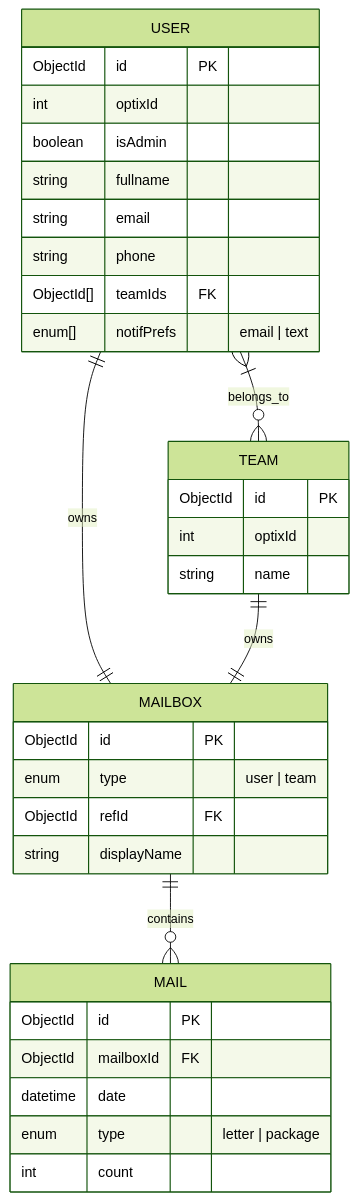
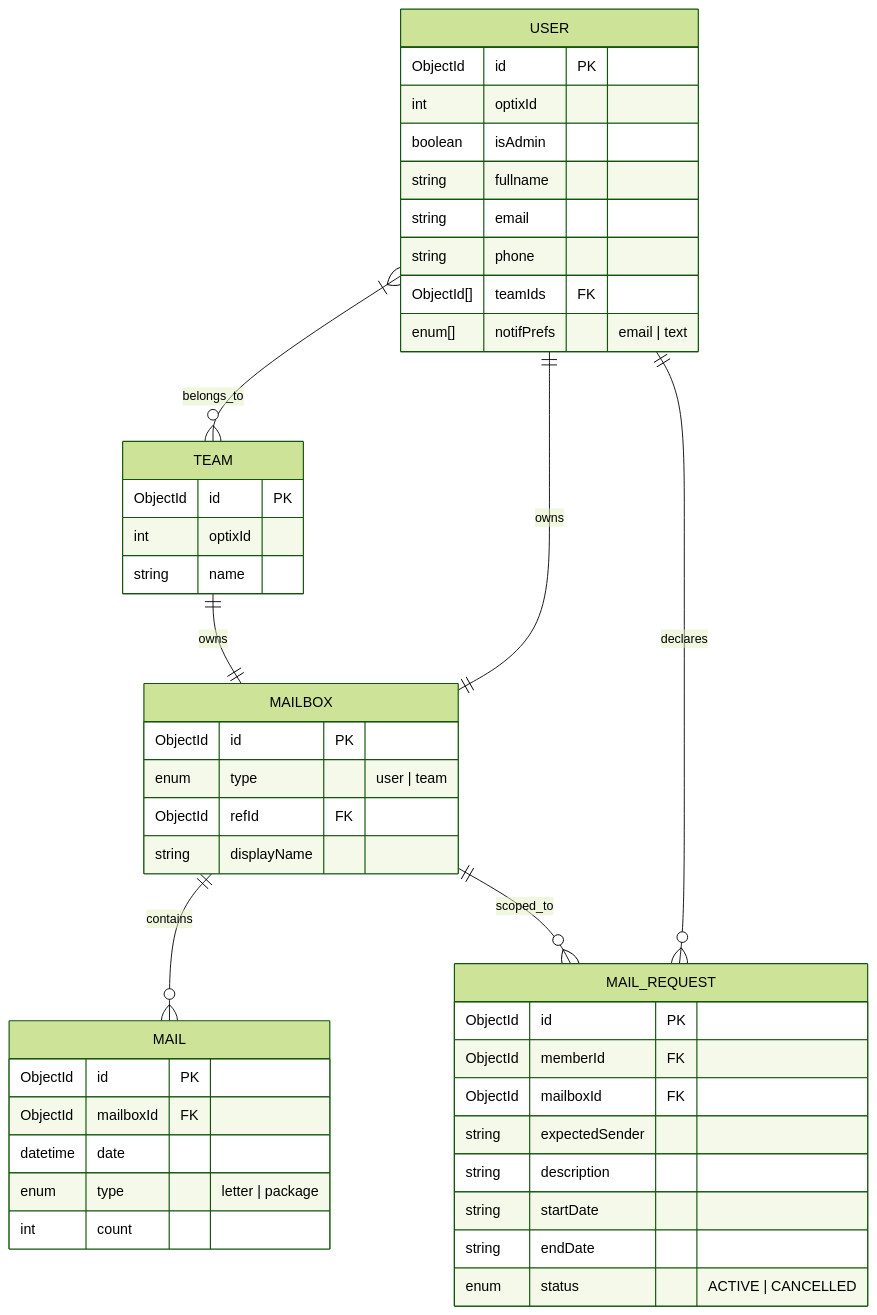
One commit to CMU-413/avenu changed the diagram in docs/architecture/diagrams/data-model.mmd. Above: the diagram before and after it, drawn with Mermaid (forest theme). The commit also changed 4 other files, not shown here.

```diff
--- a/docs/architecture/diagrams/data-model.mmd
+++ b/docs/architecture/diagrams/data-model.mmd
@@ -1,41 +1,54 @@
 erDiagram
 
     USER {
         ObjectId id PK
         int optixId
         boolean isAdmin
         string fullname
         string email
         string phone
         ObjectId[] teamIds FK
         enum[] notifPrefs "email | text"
     }
 
     TEAM {
         ObjectId id PK
         int optixId
         string name
     }
 
     MAILBOX {
         ObjectId id PK
         enum type "user | team"
         ObjectId refId FK
         string displayName
     }
 
     MAIL {
         ObjectId id PK
         ObjectId mailboxId FK
         datetime date
         enum type "letter | package"
         int count
     }
 
+    MAIL_REQUEST {
+        ObjectId id PK
+        ObjectId memberId FK
+        ObjectId mailboxId FK
+        string expectedSender
+        string description
+        string startDate
+        string endDate
+        enum status "ACTIVE | CANCELLED"
+    }
+
     %% Relationships
     USER }|--o{ TEAM : belongs_to
 
     USER ||--|| MAILBOX : owns
     TEAM ||--|| MAILBOX : owns
 
     MAILBOX ||--o{ MAIL : contains
+    USER ||--o{ MAIL_REQUEST : declares
+    MAILBOX ||--o{ MAIL_REQUEST : scoped_to
```
